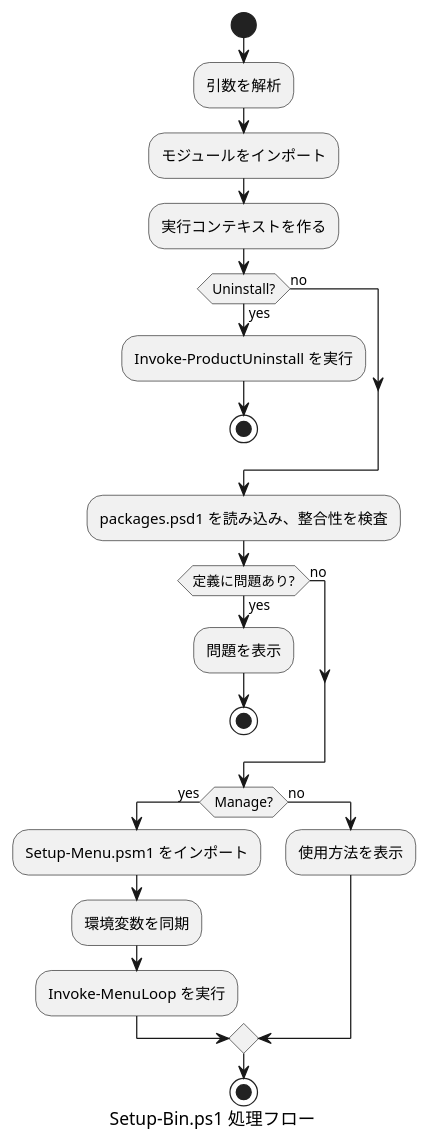
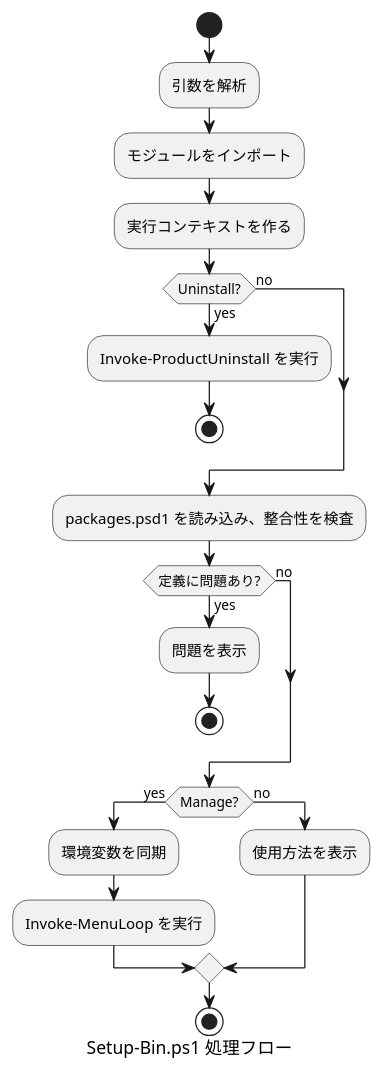
One commit to Hondarer/devbin-win changed the second of 2 diagrams in docs/setup-bin-design.md. Above: the diagram before and after it, drawn with PlantUML. The commit also changed other lines of this file and 11 other files, not shown here.

````diff
--- a/docs/setup-bin-design.md
+++ b/docs/setup-bin-design.md
@@ -279,32 +289,31 @@
 ```plantuml
 @startuml Setup-Bin.ps1 処理フロー
 caption Setup-Bin.ps1 処理フロー
 start
 :引数を解析;
 :モジュールをインポート;
 :実行コンテキストを作る;
 
 if (Uninstall?) then (yes)
   :Invoke-ProductUninstall を実行;
   stop
 else (no)
 endif
 
 :packages.psd1 を読み込み、整合性を検査;
 
 if (定義に問題あり?) then (yes)
   :問題を表示;
   stop
 else (no)
 endif
 
 if (Manage?) then (yes)
-  :Setup-Menu.psm1 をインポート;
   :環境変数を同期;
   :Invoke-MenuLoop を実行;
 else (no)
   :使用方法を表示;
 endif
 stop
 @enduml
 ```
````
